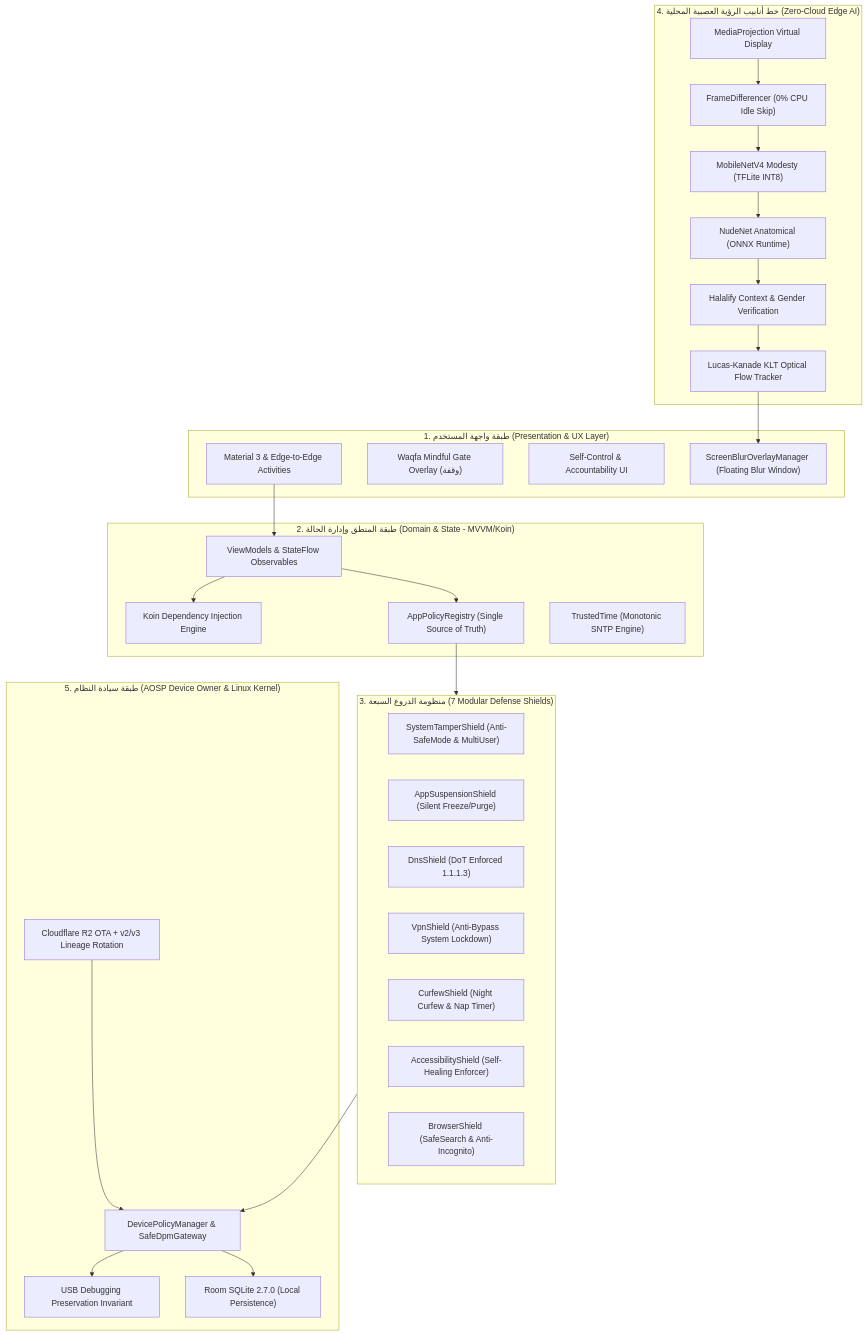
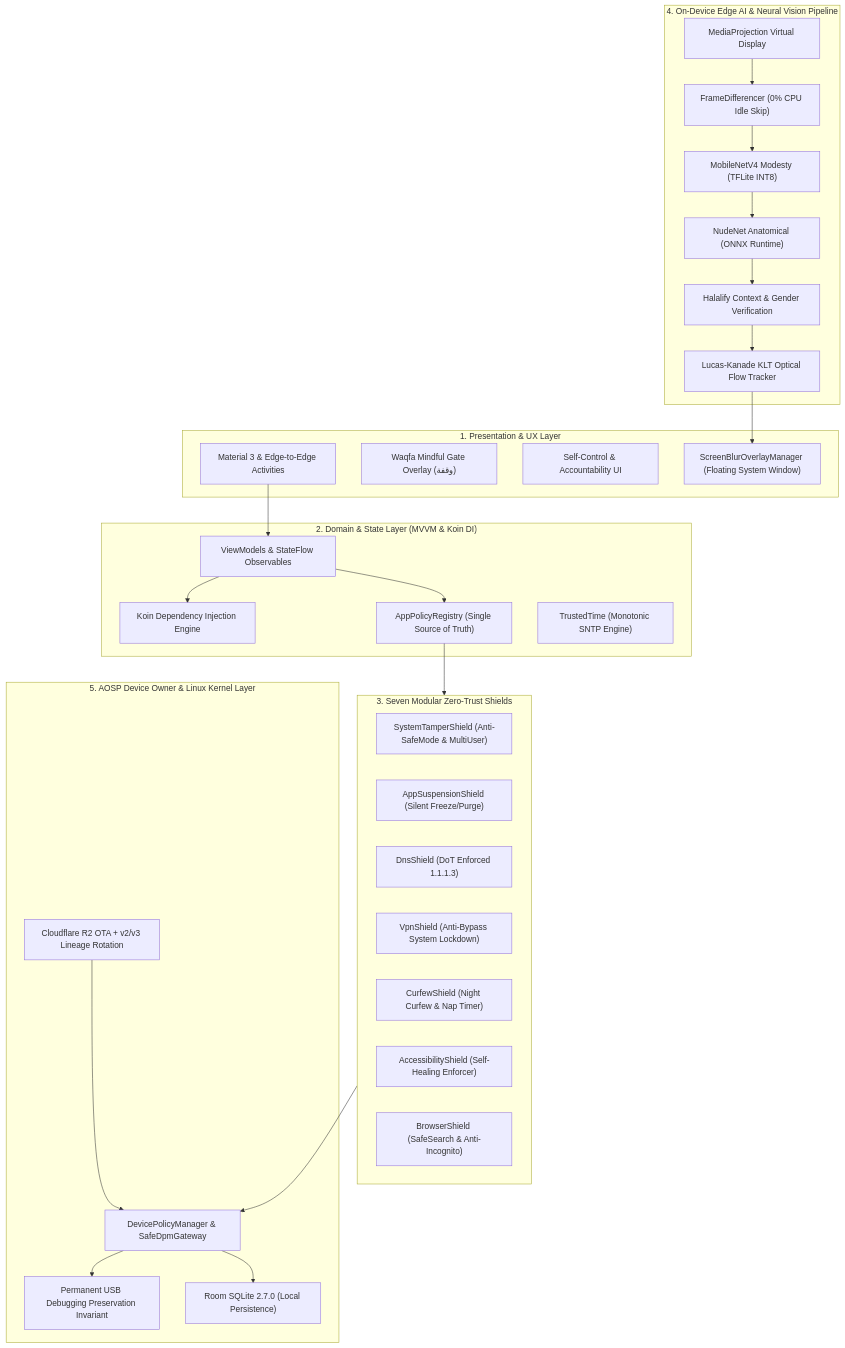
Before and after one commit to dr-mohammed-hamed/antiporn: the first of 2 diagrams in README.md, drawn with Mermaid. The commit also changed other lines of this file, not shown here.

Commit message:
docs: establish world-class bilingual architecture documentation with zero-account-loss guide

````diff
--- a/README.md
+++ b/README.md
@@ -102,57 +108,57 @@
 ```mermaid
 graph TD
-    subgraph UI_Layer ["1. طبقة واجهة المستخدم (Presentation & UX Layer)"]
+    subgraph UI_Layer ["1. Presentation & UX Layer"]
         UI1["Material 3 & Edge-to-Edge Activities"]
         UI2["Waqfa Mindful Gate Overlay (وقفة)"]
         UI3["Self-Control & Accountability UI"]
-        UI4["ScreenBlurOverlayManager (Floating Blur Window)"]
+        UI4["ScreenBlurOverlayManager (Floating System Window)"]
     end
 
-    subgraph Domain_State ["2. طبقة المنطق وإدارة الحالة (Domain & State - MVVM/Koin)"]
+    subgraph Domain_State ["2. Domain & State Layer (MVVM & Koin DI)"]
         VM["ViewModels & StateFlow Observables"]
         DI["Koin Dependency Injection Engine"]
         AP_REG["AppPolicyRegistry (Single Source of Truth)"]
         TT["TrustedTime (Monotonic SNTP Engine)"]
     end
 
-    subgraph Defense_Shields ["3. منظومة الدروع السبعة (7 Modular Defense Shields)"]
+    subgraph Defense_Shields ["3. Seven Modular Zero-Trust Shields"]
         S1["SystemTamperShield (Anti-SafeMode & MultiUser)"]
         S2["AppSuspensionShield (Silent Freeze/Purge)"]
         S3["DnsShield (DoT Enforced 1.1.1.3)"]
         S4["VpnShield (Anti-Bypass System Lockdown)"]
         S5["CurfewShield (Night Curfew & Nap Timer)"]
         S6["AccessibilityShield (Self-Healing Enforcer)"]
         S7["BrowserShield (SafeSearch & Anti-Incognito)"]
     end
 
-    subgraph Local_Edge_AI ["4. خط أنابيب الرؤية العصبية المحلية (Zero-Cloud Edge AI)"]
+    subgraph Local_Edge_AI ["4. On-Device Edge AI & Neural Vision Pipeline"]
         MP["MediaProjection Virtual Display"]
         FD["FrameDifferencer (0% CPU Idle Skip)"]
         MNET["MobileNetV4 Modesty (TFLite INT8)"]
         NNET["NudeNet Anatomical (ONNX Runtime)"]
         HLF["Halalify Context & Gender Verification"]
         KLT["Lucas-Kanade KLT Optical Flow Tracker"]
     end
 
-    subgraph OS_Kernel ["5. طبقة سيادة النظام (AOSP Device Owner & Linux Kernel)"]
+    subgraph OS_Kernel ["5. AOSP Device Owner & Linux Kernel Layer"]
         DPM["DevicePolicyManager & SafeDpmGateway"]
-        ADB_G["USB Debugging Preservation Invariant"]
+        ADB_G["Permanent USB Debugging Preservation Invariant"]
         ROOM["Room SQLite 2.7.0 (Local Persistence)"]
         OTA["Cloudflare R2 OTA + v2/v3 Lineage Rotation"]
     end
 
     UI1 --> VM
     VM --> AP_REG
     VM --> DI
     AP_REG --> Defense_Shields
     Defense_Shields --> DPM
     DPM --> ADB_G
     MP --> FD
     FD --> MNET
     MNET --> NNET
     NNET --> HLF
     HLF --> KLT
     KLT --> UI4
     DPM --> ROOM
     OTA --> DPM
 ```
````
